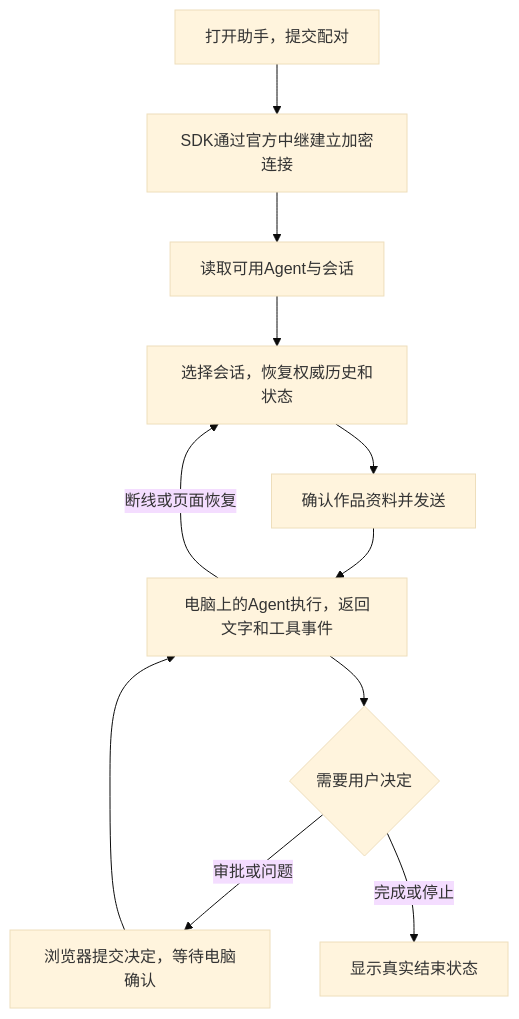
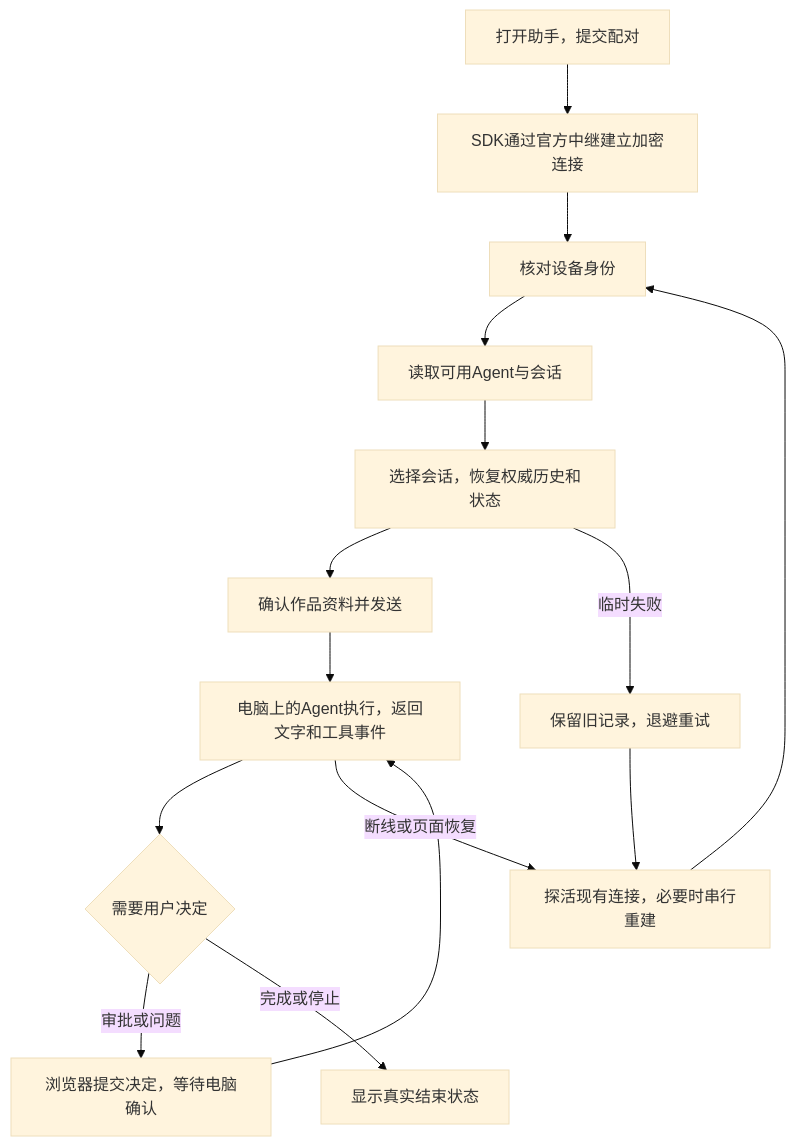
Before and after one commit to Vibes-college/Vibes: the diagram in docs/features/local-assistant.md, drawn with Mermaid (base theme). The commit also changed other lines of this file and 31 other files, not shown here.

````diff
--- a/docs/features/local-assistant.md
+++ b/docs/features/local-assistant.md
@@ -47,13 +51,17 @@
 ```mermaid
 flowchart TD
   A[打开助手，提交配对] --> B[SDK通过官方中继建立加密连接]
-  B --> C[读取可用Agent与会话]
+  B --> V[核对设备身份]
+  V --> C[读取可用Agent与会话]
   C --> D[选择会话，恢复权威历史和状态]
   D --> E[确认作品资料并发送]
   E --> F[电脑上的Agent执行，返回文字和工具事件]
   F --> G{需要用户决定}
   G -->|审批或问题| H[浏览器提交决定，等待电脑确认]
   H --> F
   G -->|完成或停止| I[显示真实结束状态]
-  F -->|断线或页面恢复| D
+  F -->|断线或页面恢复| R[探活现有连接，必要时串行重建]
+  R --> V
+  D -->|临时失败| W[保留旧记录，退避重试]
+  W --> R
 ```
````
